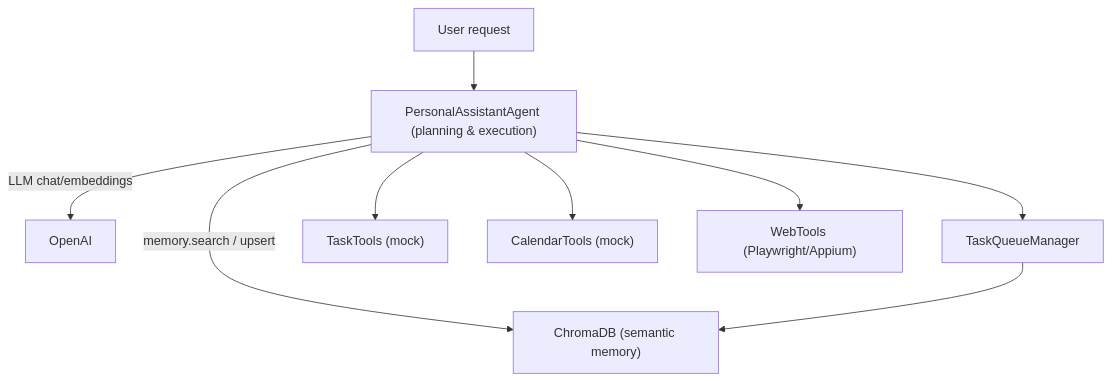
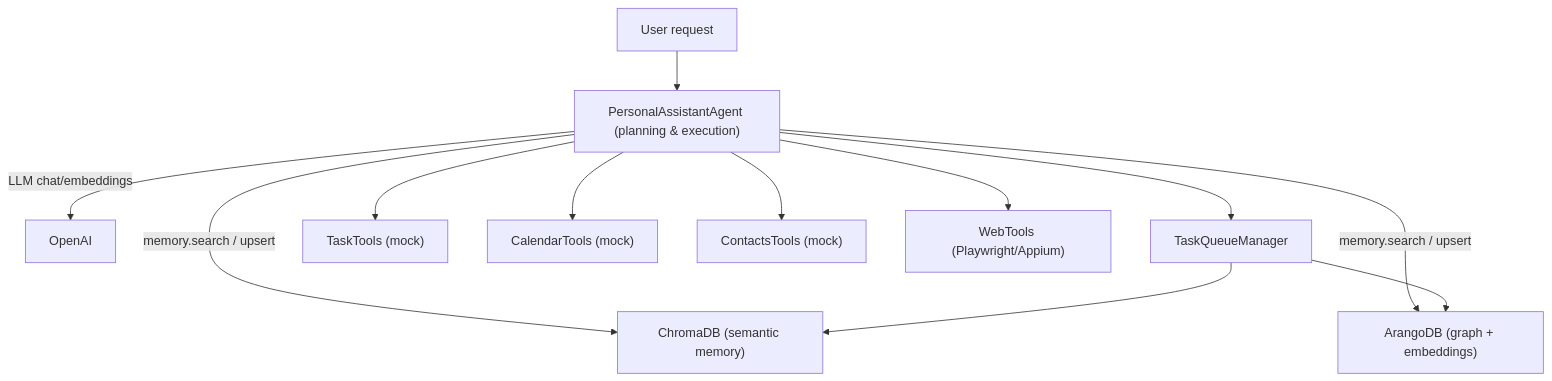
The diagram in README.md (lehelkovach/osl-agent-prototype), drawn with Mermaid before and after one commit. The commit also changed other lines of this file and 13 other files, not shown here.

Commit message:
Add ArangoDB memory adapter and contacts tools

````diff
--- a/README.md
+++ b/README.md
@@ -12,11 +12,14 @@
 ```mermaid
 flowchart TB
     User["User request"] --> Agent
     Agent["PersonalAssistantAgent (planning & execution)"] -->|LLM chat/embeddings| OpenAI
     Agent -->|memory.search / upsert| Chroma["ChromaDB (semantic memory)"]
+    Agent -->|memory.search / upsert| Arango["ArangoDB (graph + embeddings)"]
     Agent --> Queue["TaskQueueManager"]
     Agent --> Tasks["TaskTools (mock)"]
     Agent --> Calendar["CalendarTools (mock)"]
+    Agent --> Contacts["ContactsTools (mock)"]
     Agent --> Web["WebTools (Playwright/Appium)"]
     Queue --> Chroma
+    Queue --> Arango
 ```
````
